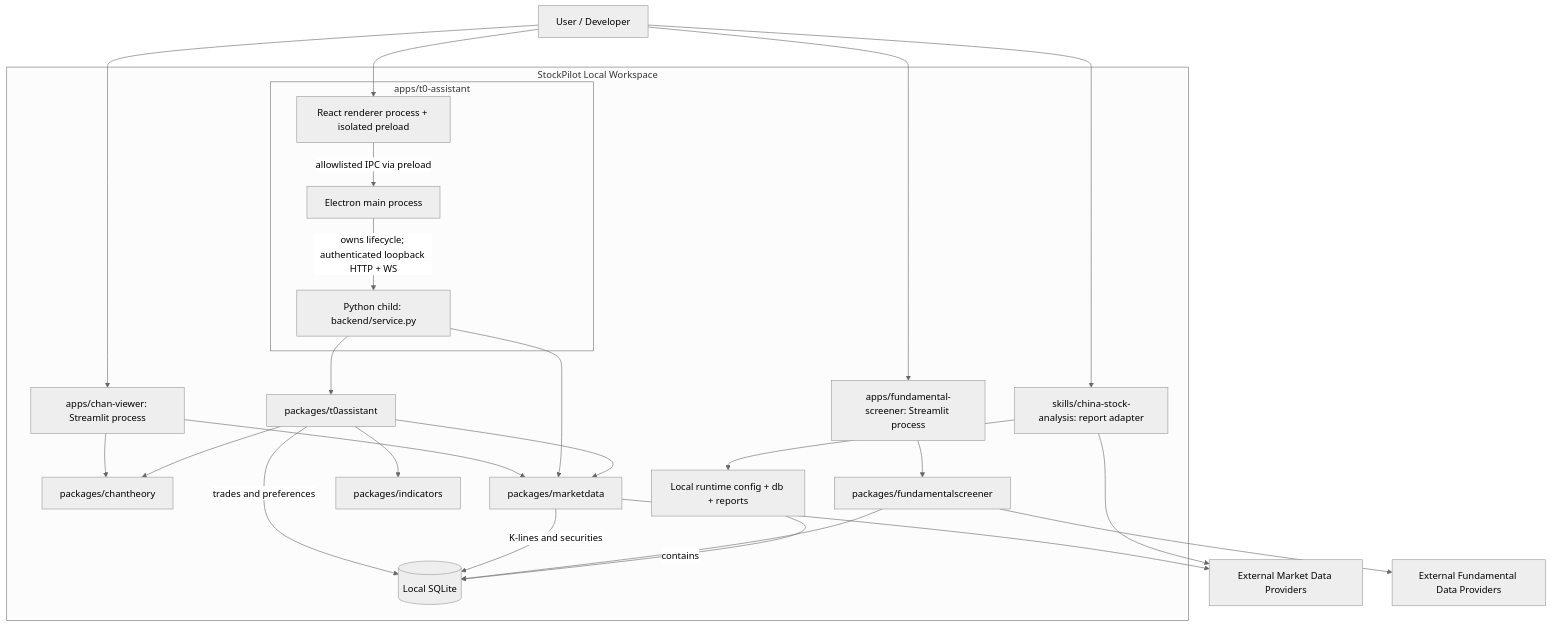
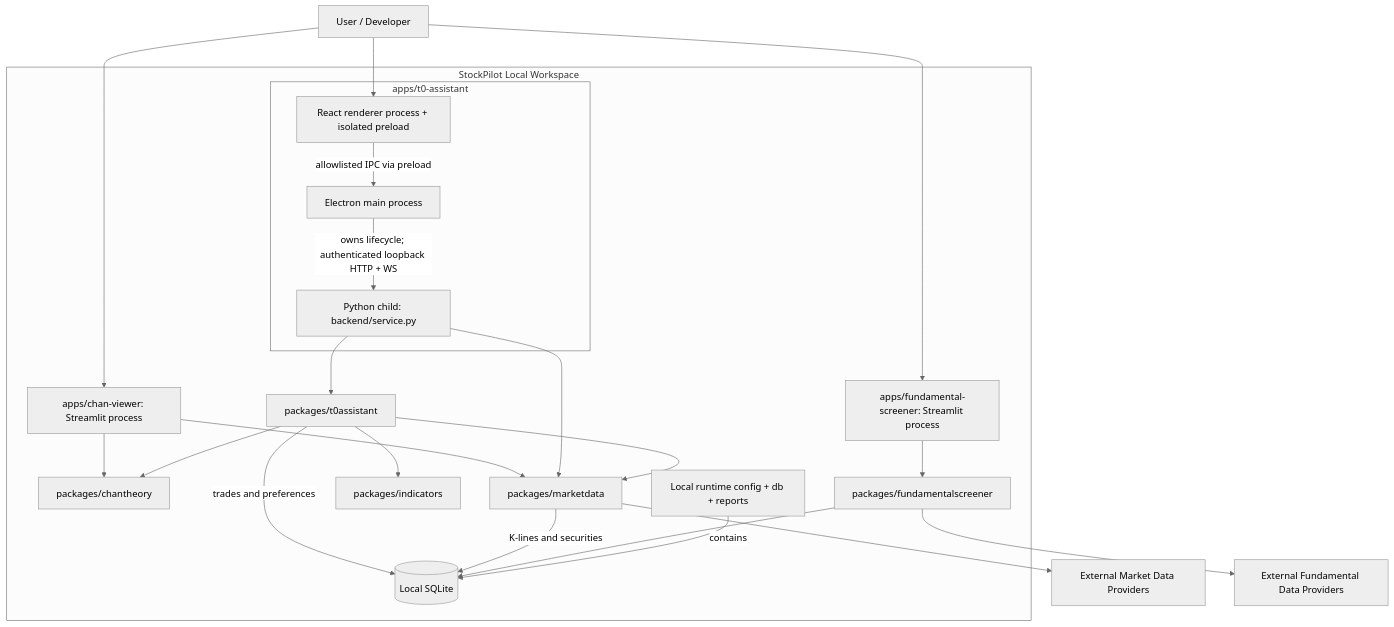
The diagram in docs/architecture/c4-container.md (shenjee/stockpilot), drawn with Mermaid (neutral theme) before and after one commit. The commit also changed other lines of this file and 61 other files, not shown here.

First line of the commit message:
Remove china-stock-analysis skill and migrate securities master builder

````diff
--- a/docs/architecture/c4-container.md
+++ b/docs/architecture/c4-container.md
@@ -18,47 +17,43 @@
 ```mermaid
 graph TD
     User[User / Developer]
     MarketProviders[External Market Data Providers]
     FundamentalProviders[External Fundamental Data Providers]
 
     subgraph StockPilot[StockPilot Local Workspace]
         Chantheory[packages/chantheory]
         MarketData[packages/marketdata]
         Indicators[packages/indicators]
         T0Core[packages/t0assistant]
         FundamentalCore[packages/fundamentalscreener]
         ChanApp[apps/chan-viewer: Streamlit process]
         FsApp[apps/fundamental-screener: Streamlit process]
-        Skill[skills/china-stock-analysis: report adapter]
         subgraph T0[apps/t0-assistant]
             Renderer[React renderer process + isolated preload]
             Main[Electron main process]
             Python[Python child: backend/service.py]
         end
         RuntimeData[Local runtime config + db + reports]
         SQLite[(Local SQLite)]
     end
 
     User --> ChanApp
     User --> FsApp
     User --> Renderer
-    User --> Skill
     ChanApp --> Chantheory
     ChanApp --> MarketData
     FsApp --> FundamentalCore
     Renderer -->|allowlisted IPC via preload| Main
     Main -->|owns lifecycle; authenticated loopback HTTP + WS| Python
     Python --> T0Core
     Python --> MarketData
     T0Core --> MarketData
     T0Core --> Chantheory
     T0Core --> Indicators
     T0Core -->|trades and preferences| SQLite
     MarketData -->|K-lines and securities| SQLite
     MarketData --> MarketProviders
     FundamentalCore --> SQLite
     FundamentalCore --> FundamentalProviders
-    Skill --> RuntimeData
-    Skill --> MarketProviders
     RuntimeData -->|contains| SQLite
 ```
````
